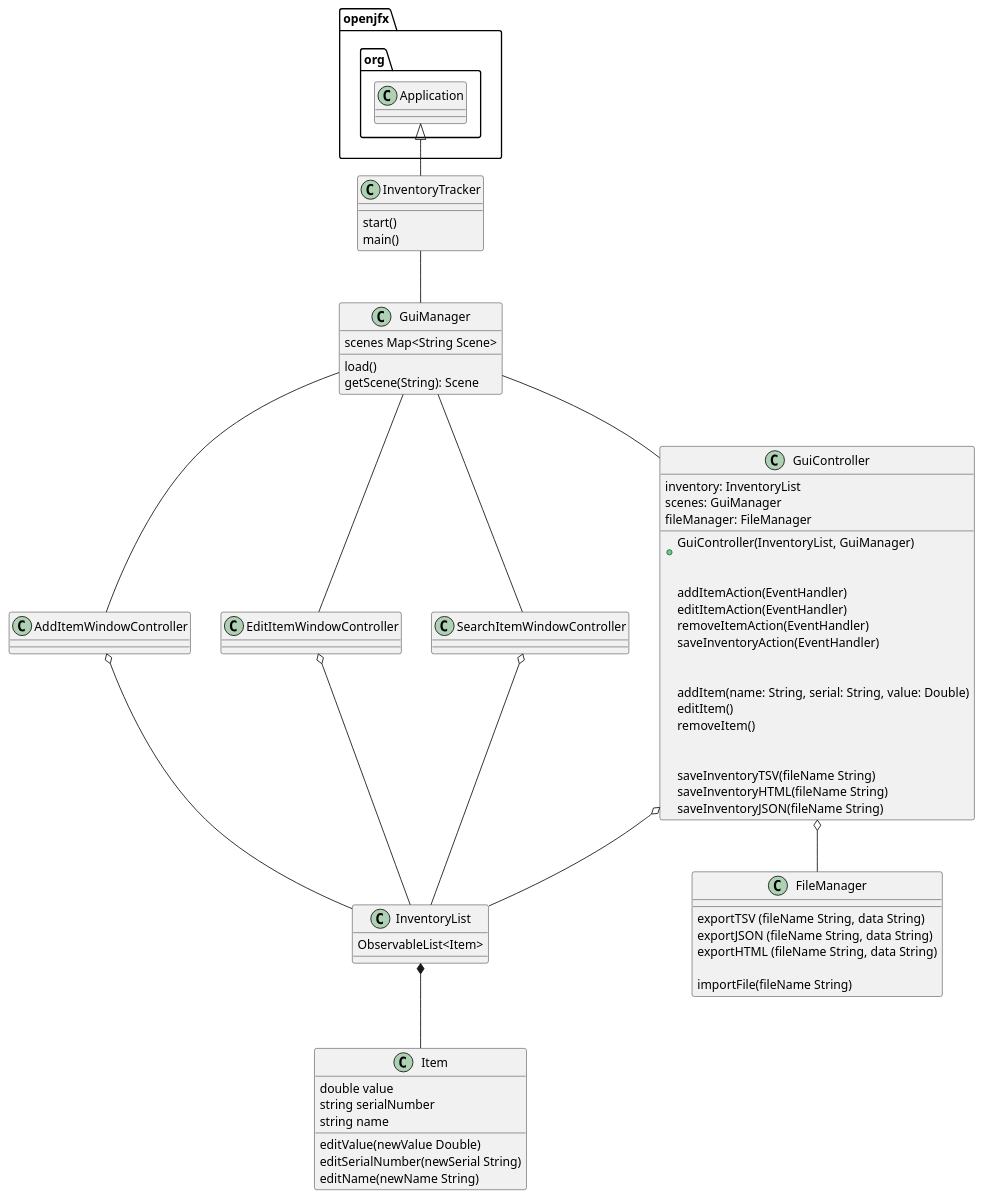
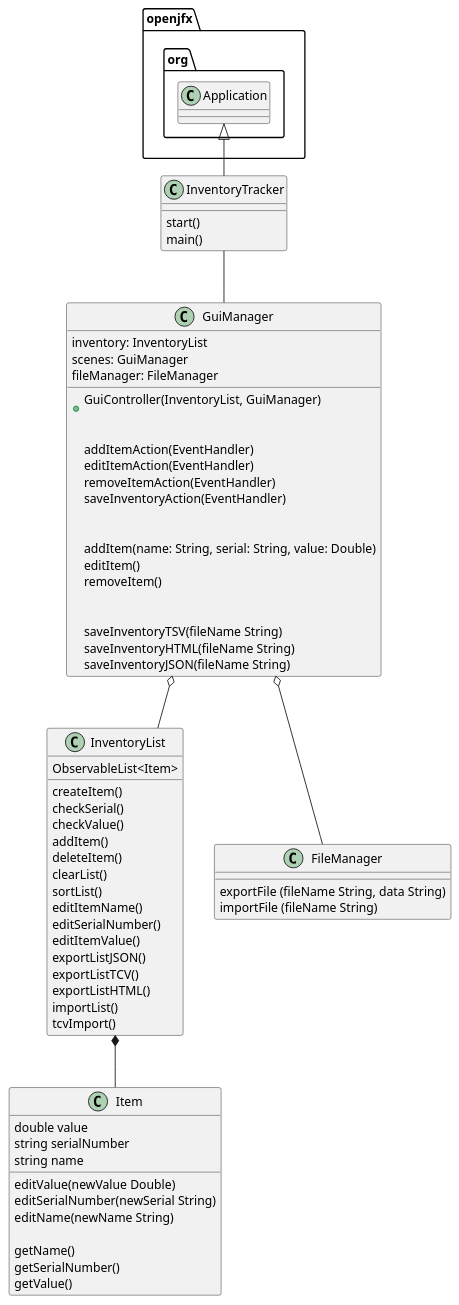
One commit to Okinsler98/kinsler-9830-a5 changed the diagram in PlantUML/InventoryTracker.puml. Above: the diagram before and after it, drawn with PlantUML. The commit also changed 4 other files, not shown here.

```diff
--- a/PlantUML/InventoryTracker.puml
+++ b/PlantUML/InventoryTracker.puml
@@ -1,83 +1,76 @@
 @startuml
 'https://plantuml.com/class-diagram
 
 openjfx.org.Application <|-- InventoryTracker
 InventoryTracker -- GuiManager
 
-GuiManager -- GuiController
-GuiManager -- AddItemWindowController
-GuiManager -- EditItemWindowController
-GuiManager -- SearchItemWindowController
+GuiManager o-- InventoryList
 
-GuiController o-- InventoryList
-AddItemWindowController o-- InventoryList
-EditItemWindowController o-- InventoryList
-SearchItemWindowController o-- InventoryList
-
-GuiController o-- FileManager
+GuiManager o-- FileManager
 InventoryList *-- Item
 
 class InventoryTracker {
     start()
     main()
 }
 
 class GuiManager {
-    scenes Map<String Scene>
-    load()
-    getScene(String): Scene
-}
-
-class GuiController {
     inventory: InventoryList
     scenes: GuiManager
     fileManager: FileManager
 
     +GuiController(InventoryList, GuiManager)\n
 
     addItemAction(EventHandler)
     editItemAction(EventHandler)
     removeItemAction(EventHandler)
     saveInventoryAction(EventHandler)\n
 
     addItem(name: String, serial: String, value: Double)
     editItem()
     removeItem()\n
 
     saveInventoryTSV(fileName String)
     saveInventoryHTML(fileName String)
     saveInventoryJSON(fileName String)
 }
 
-class AddItemWindowController {
-}
-
-class EditItemWindowController {
-}
-
-class SearchItemWindowController {
-}
-
 class FileManager {
-    exportTSV (fileName String, data String)
-    exportJSON (fileName String, data String)
-    exportHTML (fileName String, data String)
-
-    importFile(fileName String)
+    exportFile (fileName String, data String)
+    importFile (fileName String)
 }
 
 class InventoryList {
     ObservableList<Item>
+    createItem()
+    checkSerial()
+    checkValue()
+    addItem()
+    deleteItem()
+    clearList()
+    sortList()
+    editItemName()
+    editSerialNumber()
+    editItemValue()
+    exportListJSON()
+    exportListTCV()
+    exportListHTML()
+    importList()
+    tcvImport()
 }
 
 class Item {
     double value
     string serialNumber
     string name
 
     editValue(newValue Double)
     editSerialNumber(newSerial String)
     editName(newName String)
+
+    getName()
+    getSerialNumber()
+    getValue()
 }
 
 @enduml
```
